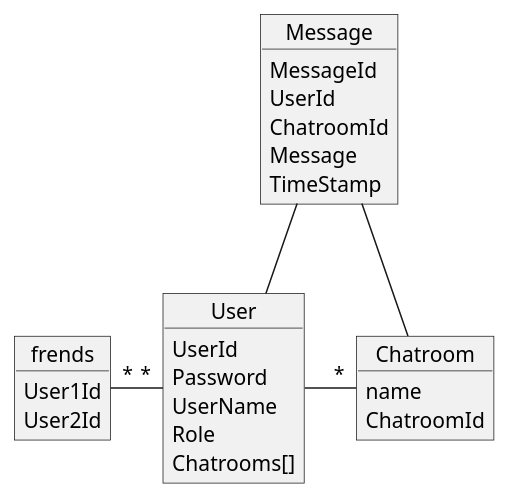
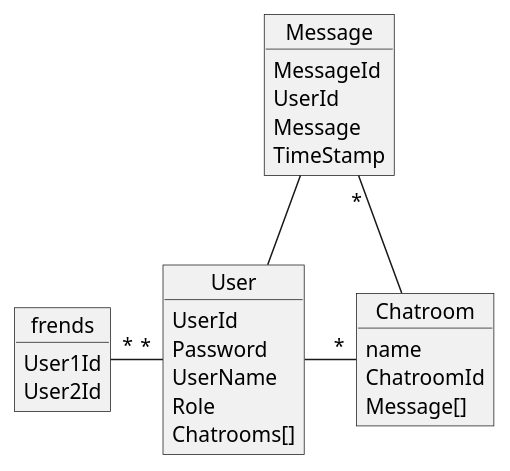
The diagram in Docs/ERD.puml (kompost/spac_uge-10), drawn with PlantUML before and after one commit.

```diff
--- a/Docs/ERD.puml
+++ b/Docs/ERD.puml
@@ -1,31 +1,31 @@
 @startuml
 object User {
     UserId
     Password
     UserName
     Role
     Chatrooms[]
 }
 object frends {
     User1Id
     User2Id
 }
 
 object Chatroom {
     name
     ChatroomId
+    Message[]
 }
 
 object Message {
     MessageId
     UserId
-    ChatroomId
     Message
     TimeStamp
 }
 
 User - "*" Chatroom
 Message -- User
-Message -- Chatroom
+Message "*"-- Chatroom
 frends "*"-"*" User
 @enduml
```
